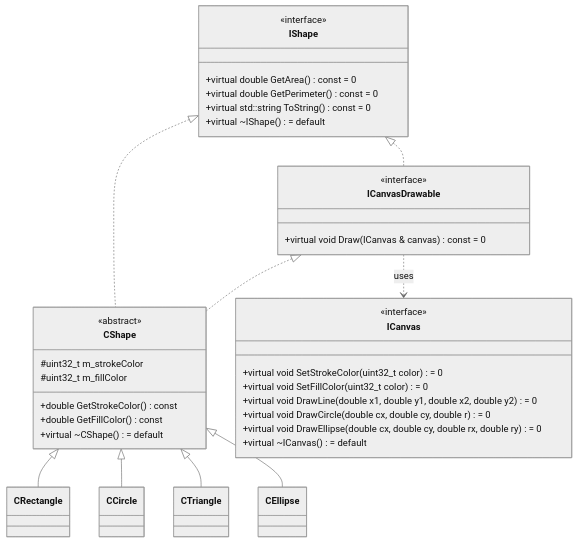
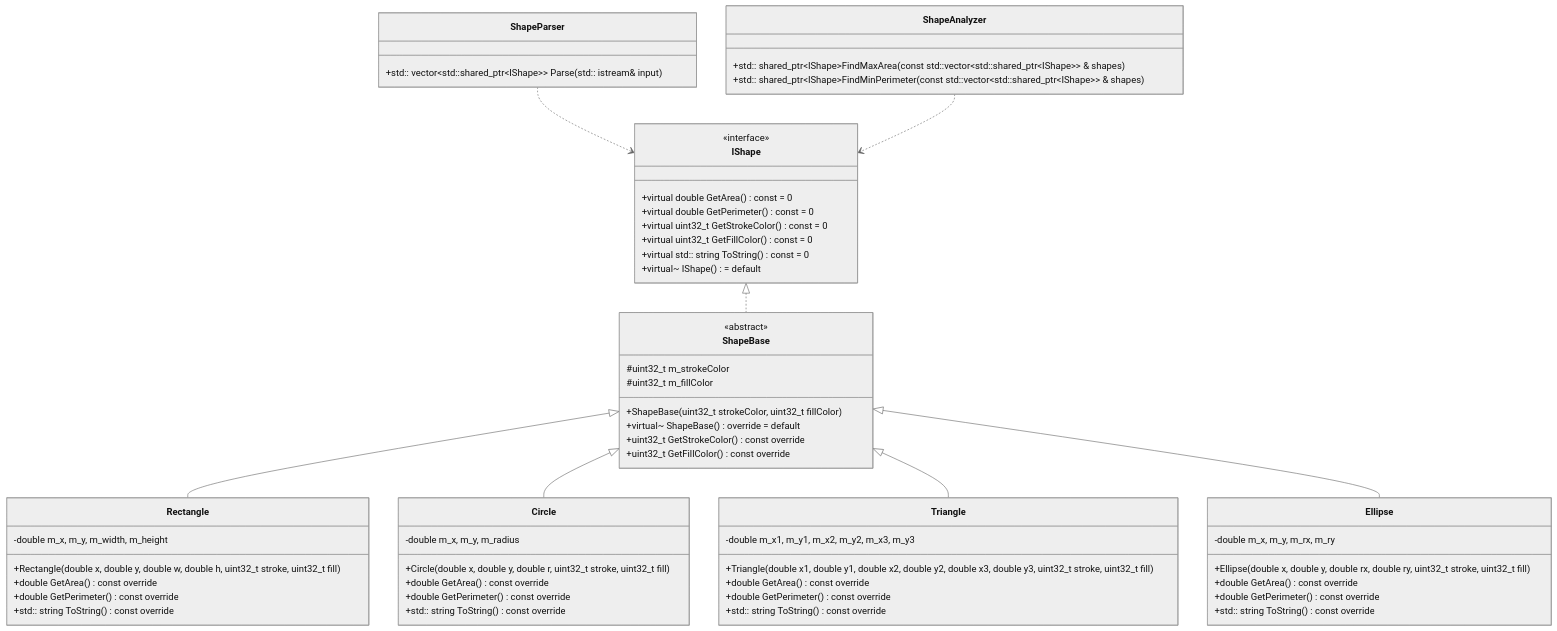
The diagram in lab4/class.mmd (drem-cg/oop), drawn with Mermaid (neutral theme) before and after one commit. The commit also changed 21 other files, not shown here.

```diff
--- a/lab4/class.mmd
+++ b/lab4/class.mmd
@@ -1,42 +1,74 @@
 classDiagram
+%% Интерфейс фигуры
     class IShape {
         <<interface>>
         +virtual double GetArea() const = 0
         +virtual double GetPerimeter() const = 0
-        +virtual std::string ToString() const = 0
-        +virtual ~IShape() = default
+        +virtual uint32_t GetStrokeColor() const = 0
+        +virtual uint32_t GetFillColor() const = 0
+        +virtual std:: string ToString() const = 0
+        +virtual~ IShape() = default
     }
-    class ICanvasDrawable {
-        <<interface>>
-        +virtual void Draw(ICanvas & canvas) const = 0
-    }
-    class ICanvas {
-        <<interface>>
-        +virtual void SetStrokeColor(uint32_t color) = 0
-        +virtual void SetFillColor(uint32_t color) = 0
-        +virtual void DrawLine(double x1, double y1, double x2, double y2) = 0
-        +virtual void DrawCircle(double cx, double cy, double r) = 0
-        +virtual void DrawEllipse(double cx, double cy, double rx, double ry) = 0
-        +virtual ~ICanvas() = default
-    }
-    class CShape {
+
+%% Абстрактная база (хранит только общие данные)
+    class ShapeBase {
         <<abstract>>
         #uint32_t m_strokeColor
         #uint32_t m_fillColor
-        +double GetStrokeColor() const
-        +double GetFillColor() const
-        +virtual ~CShape() = default
+        +ShapeBase(uint32_t strokeColor, uint32_t fillColor)
+        +virtual~ ShapeBase() override = default
+        +uint32_t GetStrokeColor() const override
+        +uint32_t GetFillColor() const override
     }
-    class CRectangle
-    class CCircle
-    class CTriangle
-    class CEllipse
 
-    IShape <|.. CShape
-    IShape <|.. ICanvasDrawable
-    ICanvasDrawable <|.. CShape
-    CShape <|-- CRectangle
-    CShape <|-- CCircle
-    CShape <|-- CTriangle
-    CShape <|-- CEllipse
-    ICanvasDrawable ..> ICanvas : uses
+%% Конкретные фигуры
+    class Rectangle {
+        -double m_x, m_y, m_width, m_height
+        +Rectangle(double x, double y, double w, double h, uint32_t stroke, uint32_t fill)
+        +double GetArea() const override
+        +double GetPerimeter() const override
+        +std:: string ToString() const override
+    }
+
+    class Circle {
+        -double m_x, m_y, m_radius
+        +Circle(double x, double y, double r, uint32_t stroke, uint32_t fill)
+        +double GetArea() const override
+        +double GetPerimeter() const override
+        +std:: string ToString() const override
+    }
+
+    class Triangle {
+        -double m_x1, m_y1, m_x2, m_y2, m_x3, m_y3
+        +Triangle(double x1, double y1, double x2, double y2, double x3, double y3, uint32_t stroke, uint32_t fill)
+        +double GetArea() const override
+        +double GetPerimeter() const override
+        +std:: string ToString() const override
+    }
+
+    class Ellipse {
+        -double m_x, m_y, m_rx, m_ry
+        +Ellipse(double x, double y, double rx, double ry, uint32_t stroke, uint32_t fill)
+        +double GetArea() const override
+        +double GetPerimeter() const override
+        +std:: string ToString() const override
+    }
+
+%% Утилиты бизнес-логики
+    class ShapeParser {
+        +std:: vector~std::shared_ptr~IShape~~ Parse(std:: istream& input)
+    }
+
+    class ShapeAnalyzer {
+        +std:: shared_ptr~IShape~FindMaxArea(const std::vector~std::shared_ptr~IShape~~ & shapes)
+        +std:: shared_ptr~IShape~FindMinPerimeter(const std::vector~std::shared_ptr~IShape~~ & shapes)
+    }
+
+%% Связи
+    IShape <|.. ShapeBase
+    ShapeBase <|-- Rectangle
+    ShapeBase <|-- Circle
+    ShapeBase <|-- Triangle
+    ShapeBase <|-- Ellipse
+    ShapeParser ..> IShape
+    ShapeAnalyzer ..> IShape
```
